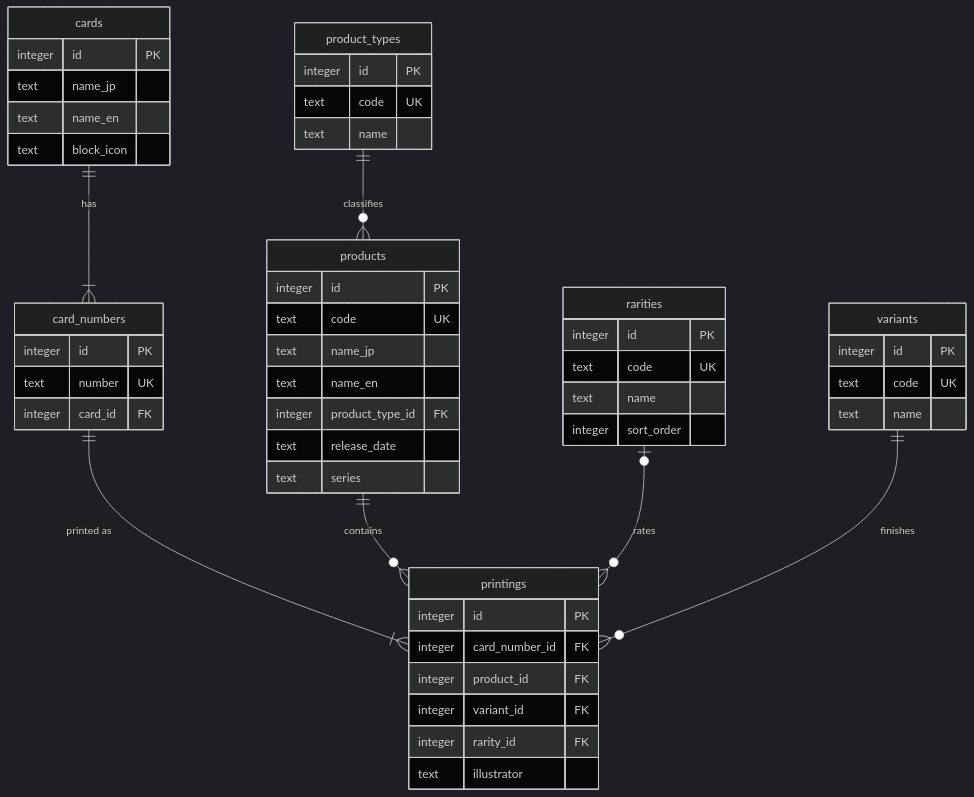
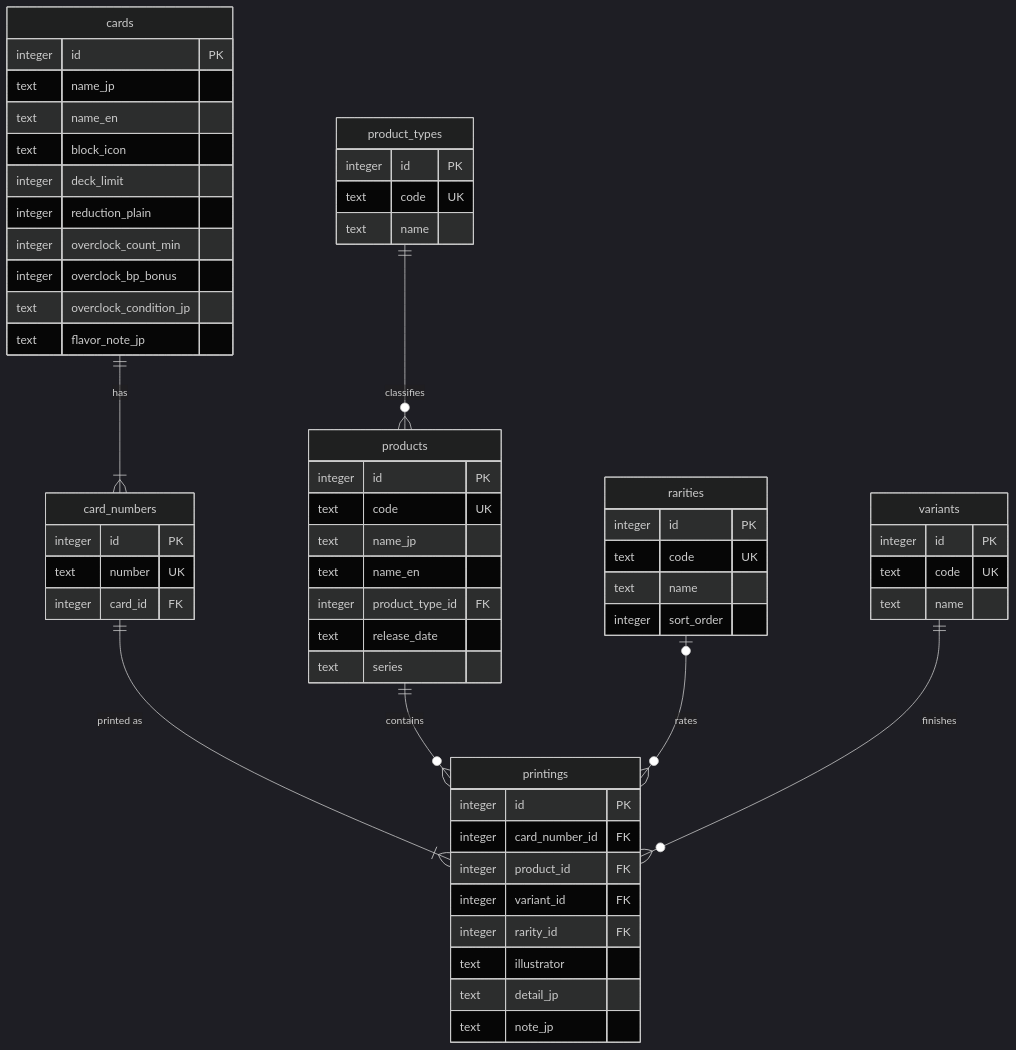
The third of 8 diagrams in docs/data-model/target-schema.md (AleFire99/BS_Database), drawn with Mermaid (dark theme) before and after one commit. The commit also changed other lines of this file and 1 other file, not shown here.

Commit message:
feat(schema): add the dropped card and printing fields as nullable columns
Refs #130

````diff
--- a/docs/data-model/target-schema.md
+++ b/docs/data-model/target-schema.md
@@ -292,54 +292,62 @@
 ```mermaid
 erDiagram
     cards ||--|{ card_numbers : "has"
     card_numbers ||--|{ printings : "printed as"
     products ||--o{ printings : "contains"
     product_types ||--o{ products : "classifies"
     rarities |o--o{ printings : "rates"
     variants ||--o{ printings : "finishes"
 
     cards {
         integer id PK
         text name_jp
         text name_en
         text block_icon
+        integer deck_limit
+        integer reduction_plain
+        integer overclock_count_min
+        integer overclock_bp_bonus
+        text overclock_condition_jp
+        text flavor_note_jp
     }
     card_numbers {
         integer id PK
         text number UK
         integer card_id FK
     }
     printings {
         integer id PK
         integer card_number_id FK
         integer product_id FK
         integer variant_id FK
         integer rarity_id FK
         text illustrator
+        text detail_jp
+        text note_jp
     }
     products {
         integer id PK
         text code UK
         text name_jp
         text name_en
         integer product_type_id FK
         text release_date
         text series
     }
     product_types {
         integer id PK
         text code UK
         text name
     }
     rarities {
         integer id PK
         text code UK
         text name
         integer sort_order
     }
     variants {
         integer id PK
         text code UK
         text name
     }
 ```
````
